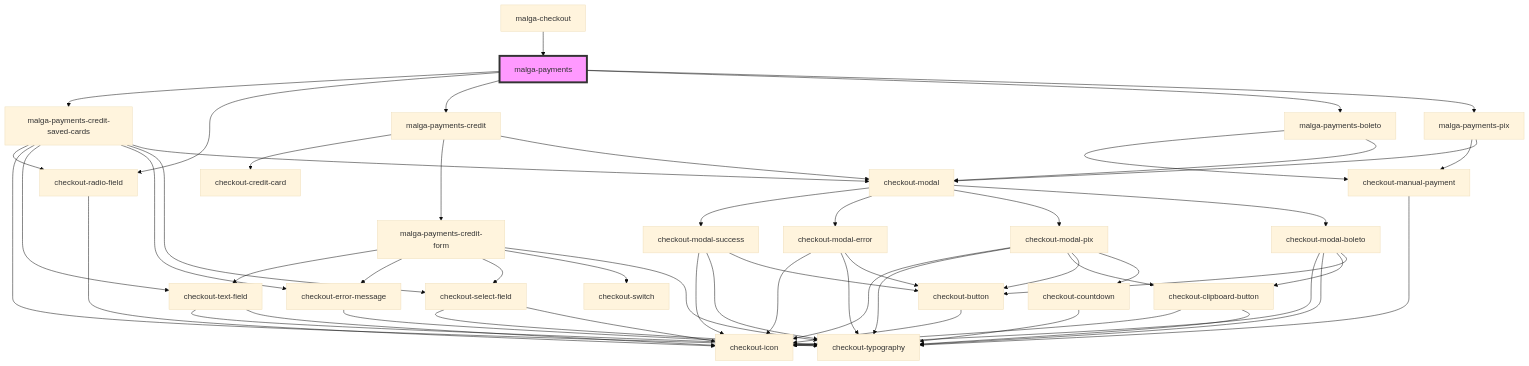
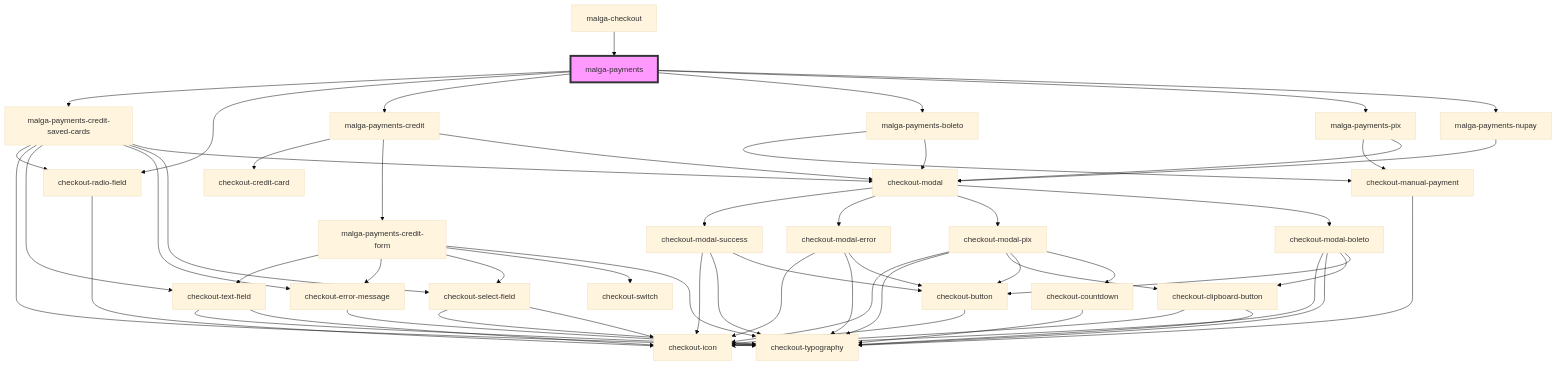
Before and after one commit to plughacker/malga-checkout: the diagram in packages/checkout/core/src/components/malga-payments/readme.md, drawn with Mermaid (base theme). The commit also changed other lines of this file and 23 other files, not shown here.

Commit message:
feat(checkout-sdk): adding support to payments with NuPay

````diff
--- a/packages/checkout/core/src/components/malga-payments/readme.md
+++ b/packages/checkout/core/src/components/malga-payments/readme.md
@@ -35,58 +36,60 @@
 ```mermaid
 graph TD;
   malga-payments --> malga-payments-credit-saved-cards
   malga-payments --> checkout-radio-field
   malga-payments --> malga-payments-credit
   malga-payments --> malga-payments-boleto
   malga-payments --> malga-payments-pix
+  malga-payments --> malga-payments-nupay
   malga-payments-credit-saved-cards --> checkout-radio-field
   malga-payments-credit-saved-cards --> checkout-typography
   malga-payments-credit-saved-cards --> checkout-text-field
   malga-payments-credit-saved-cards --> checkout-error-message
   malga-payments-credit-saved-cards --> checkout-select-field
   malga-payments-credit-saved-cards --> checkout-modal
   checkout-radio-field --> checkout-icon
   checkout-text-field --> checkout-typography
   checkout-text-field --> checkout-icon
   checkout-error-message --> checkout-typography
   checkout-select-field --> checkout-typography
   checkout-select-field --> checkout-icon
   checkout-modal --> checkout-modal-success
   checkout-modal --> checkout-modal-error
   checkout-modal --> checkout-modal-pix
   checkout-modal --> checkout-modal-boleto
   checkout-modal-success --> checkout-icon
   checkout-modal-success --> checkout-typography
   checkout-modal-success --> checkout-button
   checkout-button --> checkout-icon
   checkout-modal-error --> checkout-icon
   checkout-modal-error --> checkout-typography
   checkout-modal-error --> checkout-button
   checkout-modal-pix --> checkout-icon
   checkout-modal-pix --> checkout-typography
   checkout-modal-pix --> checkout-clipboard-button
   checkout-modal-pix --> checkout-button
   checkout-modal-pix --> checkout-countdown
   checkout-clipboard-button --> checkout-icon
   checkout-clipboard-button --> checkout-typography
   checkout-countdown --> checkout-typography
   checkout-modal-boleto --> checkout-icon
   checkout-modal-boleto --> checkout-typography
   checkout-modal-boleto --> checkout-clipboard-button
   checkout-modal-boleto --> checkout-button
   malga-payments-credit --> checkout-credit-card
   malga-payments-credit --> malga-payments-credit-form
   malga-payments-credit --> checkout-modal
   malga-payments-credit-form --> checkout-text-field
   malga-payments-credit-form --> checkout-error-message
   malga-payments-credit-form --> checkout-select-field
   malga-payments-credit-form --> checkout-switch
   malga-payments-credit-form --> checkout-typography
   malga-payments-boleto --> checkout-manual-payment
   malga-payments-boleto --> checkout-modal
   checkout-manual-payment --> checkout-typography
   malga-payments-pix --> checkout-manual-payment
   malga-payments-pix --> checkout-modal
+  malga-payments-nupay --> checkout-modal
   malga-checkout --> malga-payments
   style malga-payments fill:#f9f,stroke:#333,stroke-width:4px
 ```
````
